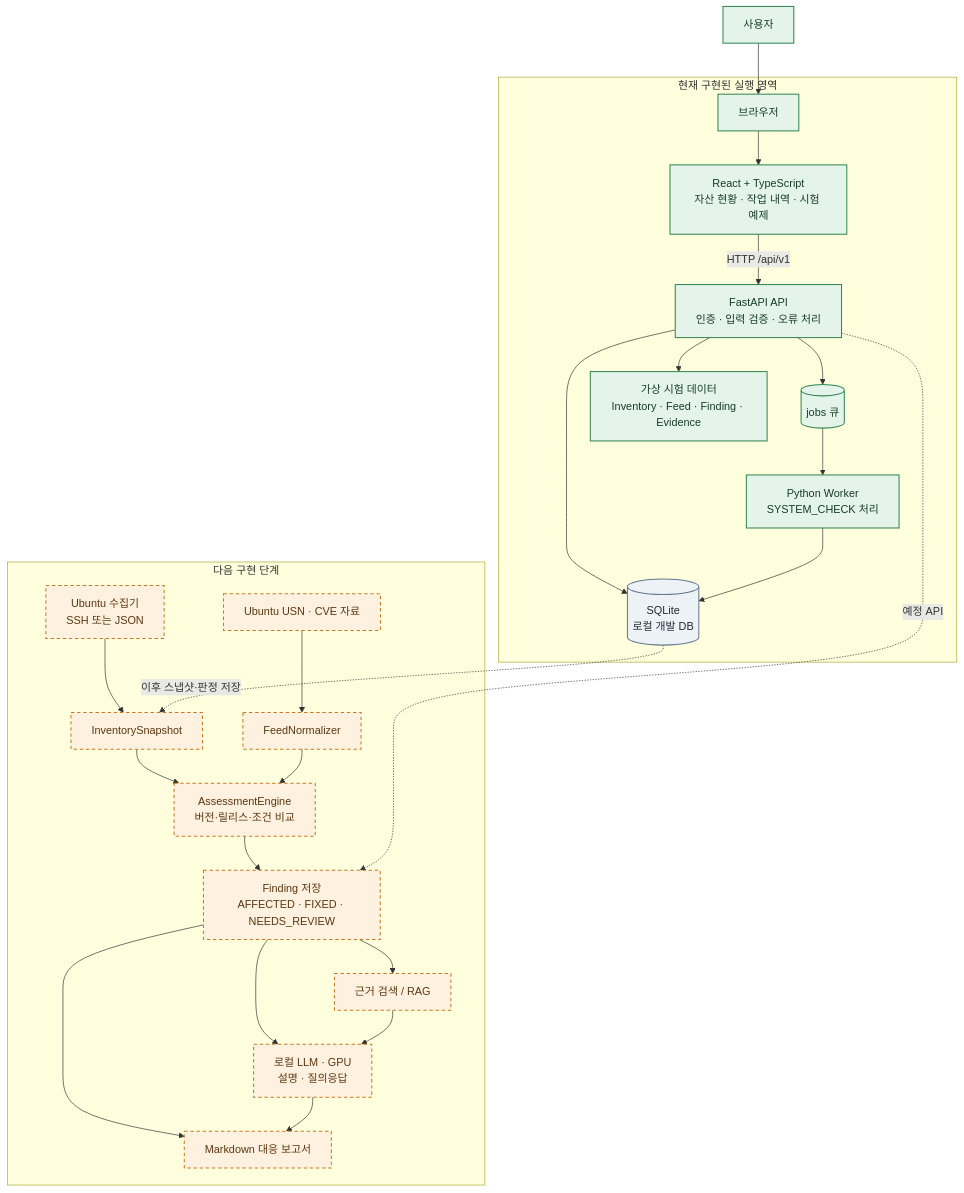
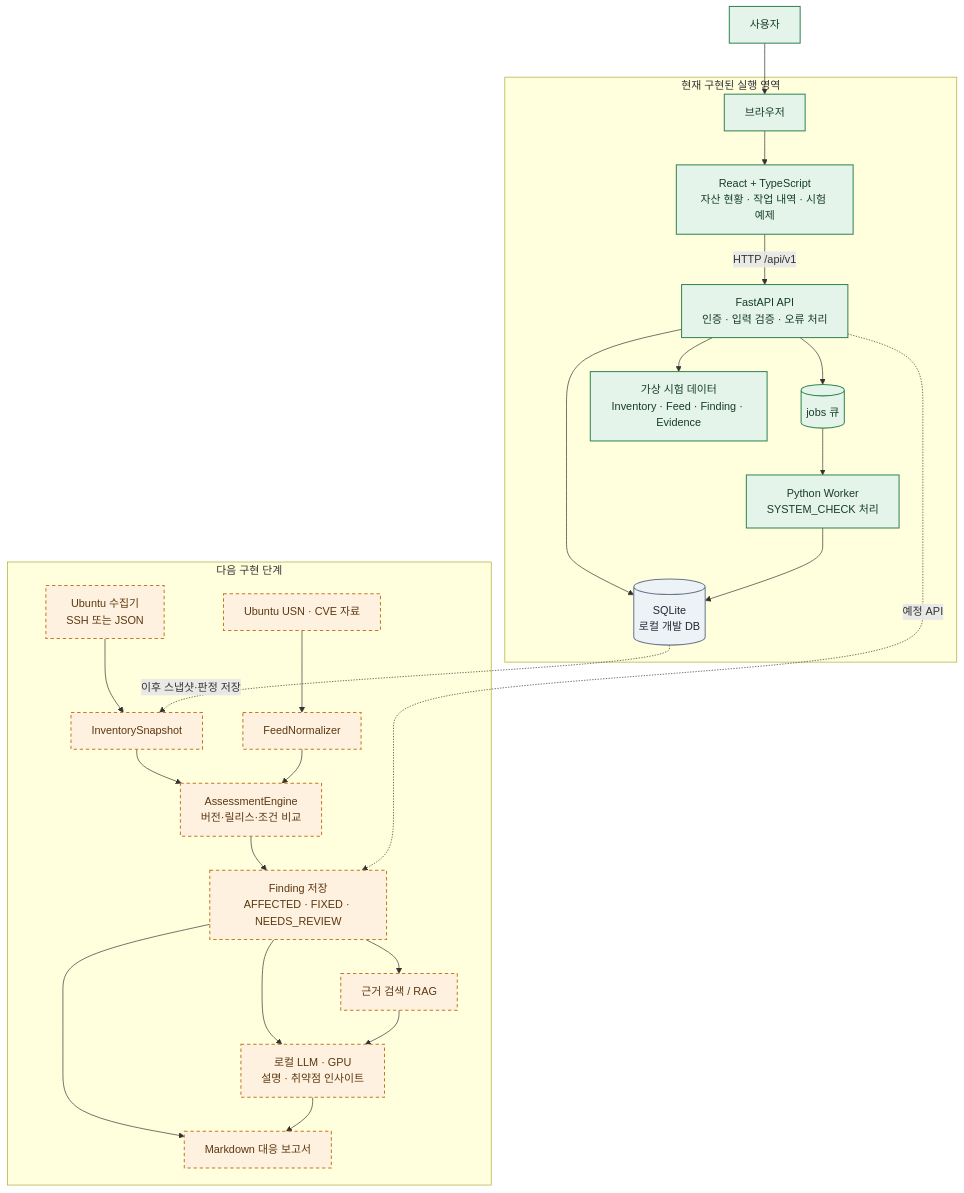
Before and after one commit to Keeper-BM/cti-agent: the first of 3 diagrams in README.md, drawn with Mermaid. The commit also changed other lines of this file and 9 other files, not shown here.

````diff
--- a/README.md
+++ b/README.md
@@ -58,37 +58,37 @@
 ```mermaid
 flowchart TB
     U[사용자] --> B[브라우저]
 
     subgraph PRESENT[현재 구현된 실행 영역]
         B --> FE["React + TypeScript<br/>자산 현황 · 작업 내역 · 시험 예제"]
         FE -->|HTTP /api/v1| API["FastAPI API<br/>인증 · 입력 검증 · 오류 처리"]
         API --> DB[("SQLite<br/>로컬 개발 DB")]
         API --> Q[(jobs 큐)]
         Q --> W["Python Worker<br/>SYSTEM_CHECK 처리"]
         W --> DB
         API --> EX["가상 시험 데이터<br/>Inventory · Feed · Finding · Evidence"]
     end
 
     subgraph TARGET[다음 구현 단계]
         C["Ubuntu 수집기<br/>SSH 또는 JSON"] --> I[InventorySnapshot]
         S["Ubuntu USN · CVE 자료"] --> N[FeedNormalizer]
         I --> A["AssessmentEngine<br/>버전·릴리스·조건 비교"]
         N --> A
         A --> F["Finding 저장<br/>AFFECTED · FIXED · NEEDS_REVIEW"]
         F --> R[근거 검색 / RAG]
-        F --> L["로컬 LLM · GPU<br/>설명 · 질의응답"]
+        F --> L["로컬 LLM · GPU<br/>설명 · 취약점 인사이트"]
         R --> L
         F --> P[Markdown 대응 보고서]
         L --> P
     end
 
     DB -. 이후 스냅샷·판정 저장 .-> I
     API -. 예정 API .-> F
 
     classDef done fill:#e5f4ea,stroke:#328552,color:#173d27,stroke-width:1.5px;
     classDef infra fill:#edf2f7,stroke:#66788a,color:#1f2933,stroke-width:1.5px;
     classDef planned fill:#fff1df,stroke:#c47b25,color:#5b3711,stroke-width:1.5px,stroke-dasharray: 5 4;
     class U,B,FE,API,Q,W,EX done;
     class DB infra;
     class C,I,S,N,A,F,R,L,P planned;
 ```
````
